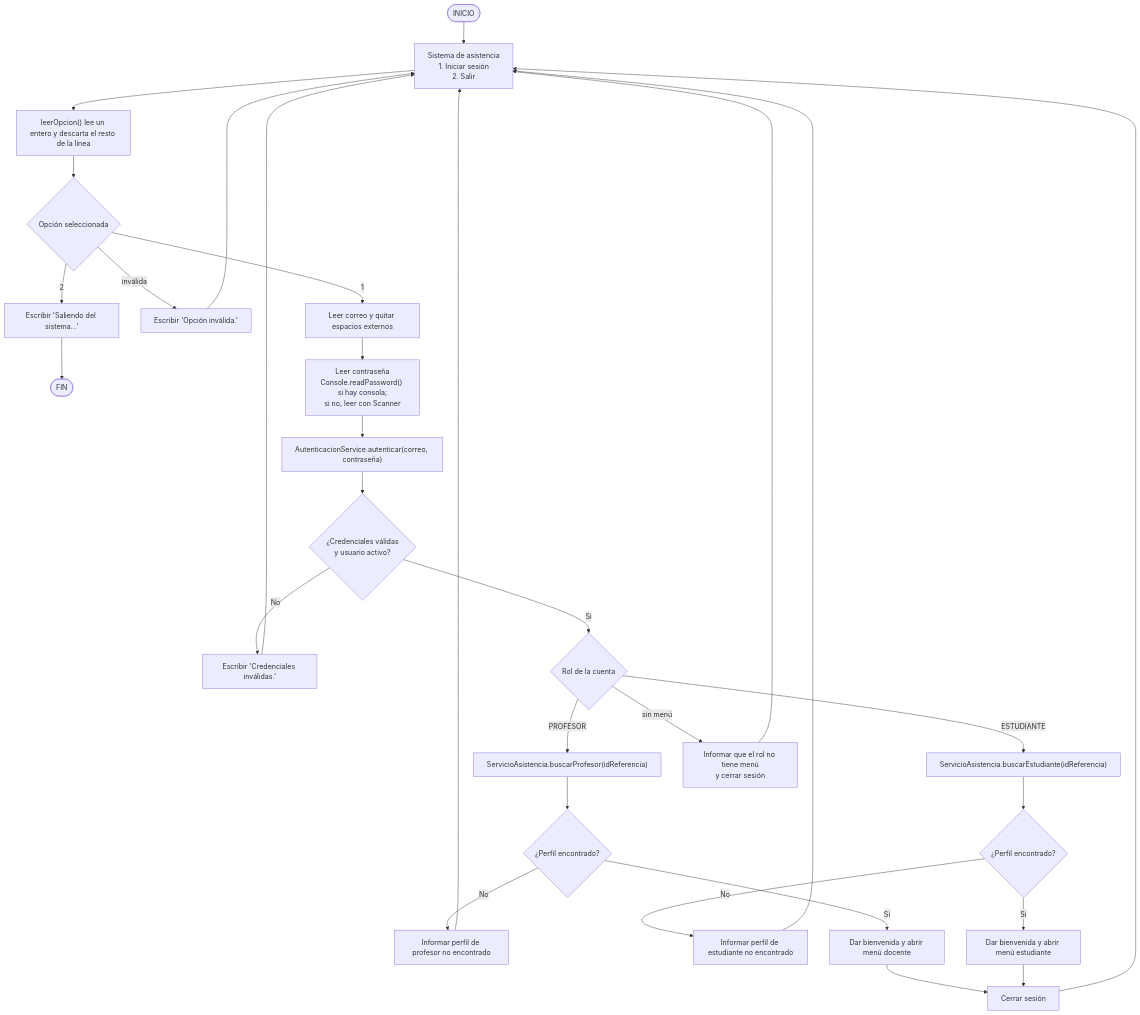
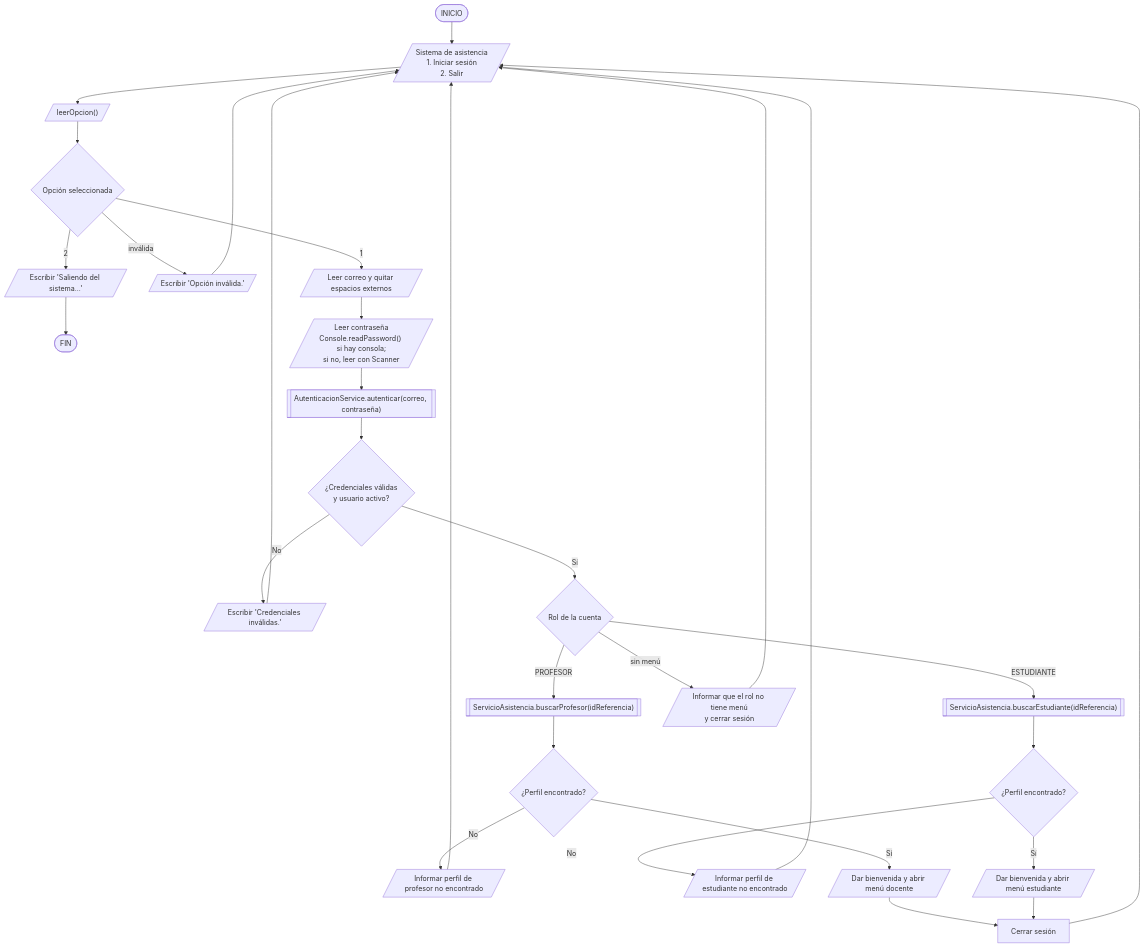
The diagram in docs/diagrams/flujo_inicio_sesion.mmd (Aireck2/take-attendance-java), drawn with Mermaid before and after one commit. The commit also changed 11 other files, not shown here.

Commit message:
docs(diagrams): update diagrams

```diff
--- a/docs/diagrams/flujo_inicio_sesion.mmd
+++ b/docs/diagrams/flujo_inicio_sesion.mmd
@@ -1,25 +1,50 @@
 ---
 config:
   theme: default
 ---
 flowchart TB
-    Inicio([INICIO]) --> Menu["Sistema de asistencia<br>1. Iniciar sesión<br>2. Salir"]
-    Menu --> LeerOpcion["leerOpcion() lee un entero y descarta el resto de la línea"]
+    Inicio(["INICIO"]) --> Menu["Sistema de asistencia<br>1. Iniciar sesión<br>2. Salir"]
+    Menu --> LeerOpcion["leerOpcion()"]
     LeerOpcion --> Opcion{"Opción seleccionada"}
-    Opcion -- "2" --> Salir["Escribir 'Saliendo del sistema...'"] --> Fin([FIN])
-    Opcion -- "inválida" --> ErrorOpcion["Escribir 'Opción inválida.'"] --> Menu
-    Opcion -- "1" --> Correo["Leer correo y quitar espacios externos"]
+    Opcion -- 2 --> Salir@{ label: "Escribir 'Saliendo del sistema...'" }
+    Salir --> Fin(["FIN"])
+    Opcion -- inválida --> ErrorOpcion@{ label: "Escribir 'Opción inválida.'" }
+    ErrorOpcion --> Menu
+    Opcion -- 1 --> Correo["Leer correo y quitar espacios externos"]
     Correo --> Contrasena["Leer contraseña<br>Console.readPassword() si hay consola;<br>si no, leer con Scanner"]
     Contrasena --> Auth["AutenticacionService.autenticar(correo, contraseña)"]
     Auth --> Usuario{"¿Credenciales válidas<br>y usuario activo?"}
-    Usuario -- No --> Credenciales["Escribir 'Credenciales inválidas.'"] --> Menu
+    Usuario -- No --> Credenciales@{ label: "Escribir 'Credenciales inválidas.'" }
+    Credenciales --> Menu
     Usuario -- Sí --> Rol{"Rol de la cuenta"}
-    Rol -->|PROFESOR| PerfilProfesor["ServicioAsistencia.buscarProfesor(idReferencia)"]
-    Rol -->|ESTUDIANTE| PerfilEstudiante["ServicioAsistencia.buscarEstudiante(idReferencia)"]
-    Rol -->|sin menú| SinMenu["Informar que el rol no tiene menú<br>y cerrar sesión"] --> Menu
+    Rol -- PROFESOR --> PerfilProfesor["ServicioAsistencia.buscarProfesor(idReferencia)"]
+    Rol -- ESTUDIANTE --> PerfilEstudiante["ServicioAsistencia.buscarEstudiante(idReferencia)"]
+    Rol -- sin menú --> SinMenu["Informar que el rol no tiene menú<br>y cerrar sesión"]
+    SinMenu --> Menu
     PerfilProfesor --> ExisteProfesor{"¿Perfil encontrado?"}
     PerfilEstudiante --> ExisteEstudiante{"¿Perfil encontrado?"}
-    ExisteProfesor -- No --> ErrorPerfilP["Informar perfil de profesor no encontrado"] --> Menu
-    ExisteEstudiante -- No --> ErrorPerfilE["Informar perfil de estudiante no encontrado"] --> Menu
-    ExisteProfesor -- Sí --> MenuProfesor["Dar bienvenida y abrir menú docente"] --> Cierre["Cerrar sesión"] --> Menu
-    ExisteEstudiante -- Sí --> MenuEstudiante["Dar bienvenida y abrir menú estudiante"] --> Cierre
+    ExisteProfesor -- No --> ErrorPerfilP["Informar perfil de profesor no encontrado"]
+    ErrorPerfilP --> Menu
+    ExisteEstudiante -- No --> ErrorPerfilE["Informar perfil de estudiante no encontrado"]
+    ErrorPerfilE --> Menu
+    ExisteProfesor -- Sí --> MenuProfesor["Dar bienvenida y abrir menú docente"]
+    MenuProfesor --> Cierre["Cerrar sesión"]
+    Cierre --> Menu
+    ExisteEstudiante -- Sí --> MenuEstudiante["Dar bienvenida y abrir menú estudiante"]
+    MenuEstudiante --> Cierre
+
+    Menu@{ shape: lean-r}
+    LeerOpcion@{ shape: lean-r}
+    Salir@{ shape: lean-r}
+    ErrorOpcion@{ shape: lean-r}
+    Correo@{ shape: lean-r}
+    Contrasena@{ shape: lean-r}
+    Auth@{ shape: subproc}
+    Credenciales@{ shape: lean-r}
+    PerfilProfesor@{ shape: subproc}
+    PerfilEstudiante@{ shape: subproc}
+    SinMenu@{ shape: lean-r}
+    ErrorPerfilP@{ shape: lean-r}
+    ErrorPerfilE@{ shape: lean-r}
+    MenuProfesor@{ shape: lean-r}
+    MenuEstudiante@{ shape: lean-r}
```
